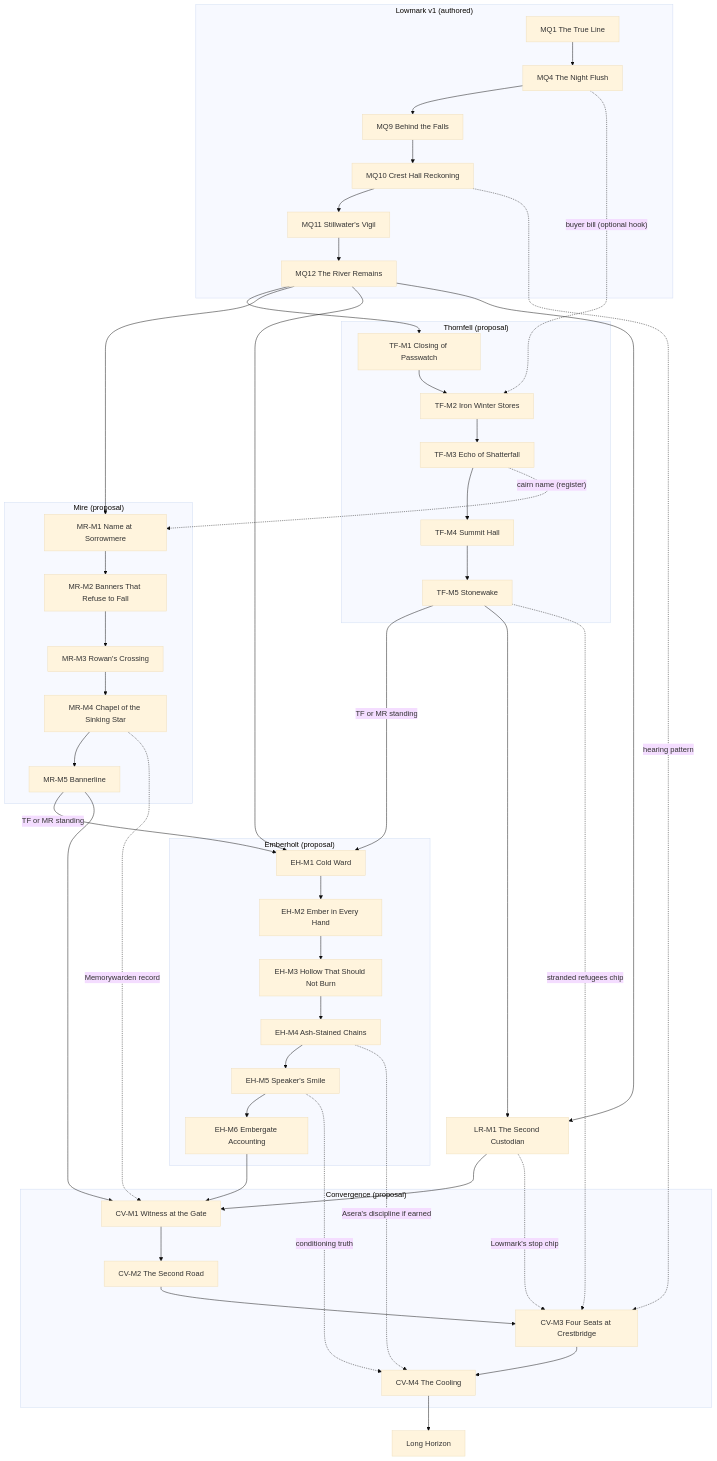
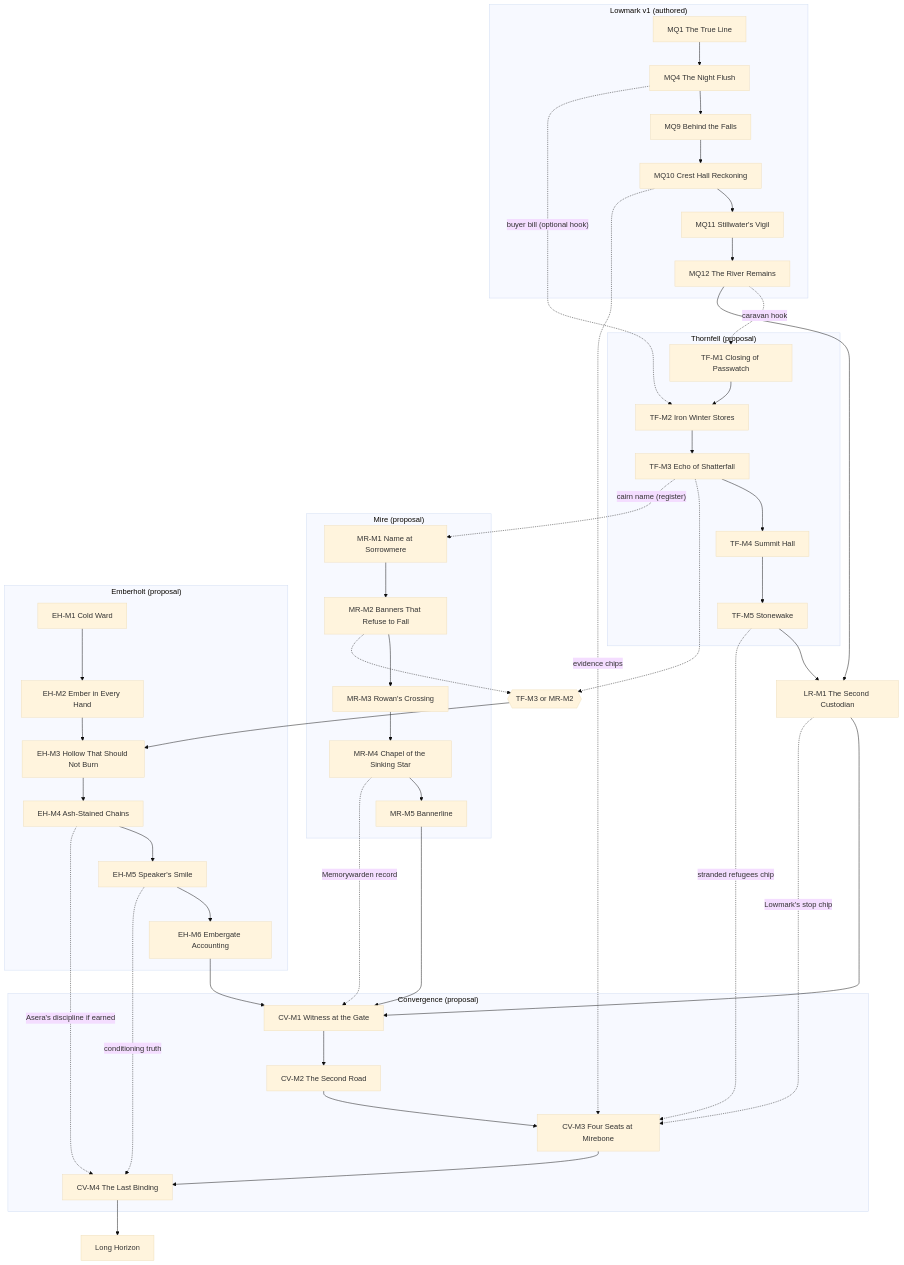
One commit to Degrading1919/Caelmor-Repo changed the diagram in 04_CONTENT_PRODUCTION/Quests/Caelmor_Narrative_Architecture_Arcs_and_Milestones.md. Above: the diagram before and after it, drawn with Mermaid (base theme). The commit also changed other lines of this file and 4 other files, not shown here.

First line of the commit message:
Refine narrative architecture per Creative Director review

````diff
--- a/04_CONTENT_PRODUCTION/Quests/Caelmor_Narrative_Architecture_Arcs_and_Milestones.md
+++ b/04_CONTENT_PRODUCTION/Quests/Caelmor_Narrative_Architecture_Arcs_and_Milestones.md
@@ -222,41 +222,41 @@
 ```mermaid
 flowchart TD
   subgraph LM["Lowmark v1 (authored)"]
     L1[MQ1 The True Line] --> L4[MQ4 The Night Flush] --> L9[MQ9 Behind the Falls] --> L10[MQ10 Crest Hall Reckoning] --> L11[MQ11 Stillwater's Vigil] --> L12[MQ12 The River Remains]
   end
   subgraph TF["Thornfell (proposal)"]
     T1[TF-M1 Closing of Passwatch] --> T2[TF-M2 Iron Winter Stores] --> T3[TF-M3 Echo of Shatterfall] --> T4[TF-M4 Summit Hall] --> T5[TF-M5 Stonewake]
   end
   subgraph MR["Mire (proposal)"]
     M1[MR-M1 Name at Sorrowmere] --> M2[MR-M2 Banners That Refuse to Fall] --> M3[MR-M3 Rowan's Crossing] --> M4[MR-M4 Chapel of the Sinking Star] --> M5[MR-M5 Bannerline]
   end
   subgraph EH["Emberholt (proposal)"]
     E1[EH-M1 Cold Ward] --> E2[EH-M2 Ember in Every Hand] --> E3[EH-M3 Hollow That Should Not Burn] --> E4[EH-M4 Ash-Stained Chains] --> E5[EH-M5 Speaker's Smile] --> E6[EH-M6 Embergate Accounting]
   end
   subgraph CV["Convergence (proposal)"]
-    C1[CV-M1 Witness at the Gate] --> C2[CV-M2 The Second Road] --> C3[CV-M3 Four Seats at Crestbridge] --> C4[CV-M4 The Cooling]
+    C1[CV-M1 Witness at the Gate] --> C2[CV-M2 The Second Road] --> C3[CV-M3 Four Seats at Mirebone] --> C4[CV-M4 The Last Binding]
   end
   LR1[LR-M1 The Second Custodian]
   H[Long Horizon]
 
-  L12 --> T1
-  L12 --> M1
-  L12 --> E1
-  T5 -- "TF or MR standing" --> E1
-  M5 -- "TF or MR standing" --> E1
+  G1{{"TF-M3 or MR-M2"}}
+  T3 -.-> G1
+  M2 -.-> G1
+  G1 --> E3
+  L12 -. "caravan hook" .-> T1
   L12 --> LR1
   T5 --> LR1
   LR1 --> C1
   M5 --> C1
   E6 --> C1
   C4 --> H
 
   L4 -. "buyer bill (optional hook)" .-> T2
   T3 -. "cairn name (register)" .-> M1
   T5 -. "stranded refugees chip" .-> C3
   M4 -. "Memorywarden record" .-> C1
-  L10 -. "hearing pattern" .-> C3
+  L10 -. "evidence chips" .-> C3
   LR1 -. "Lowmark's stop chip" .-> C3
   E5 -. "conditioning truth" .-> C4
   E4 -. "Asera's discipline if earned" .-> C4
 ```
````
